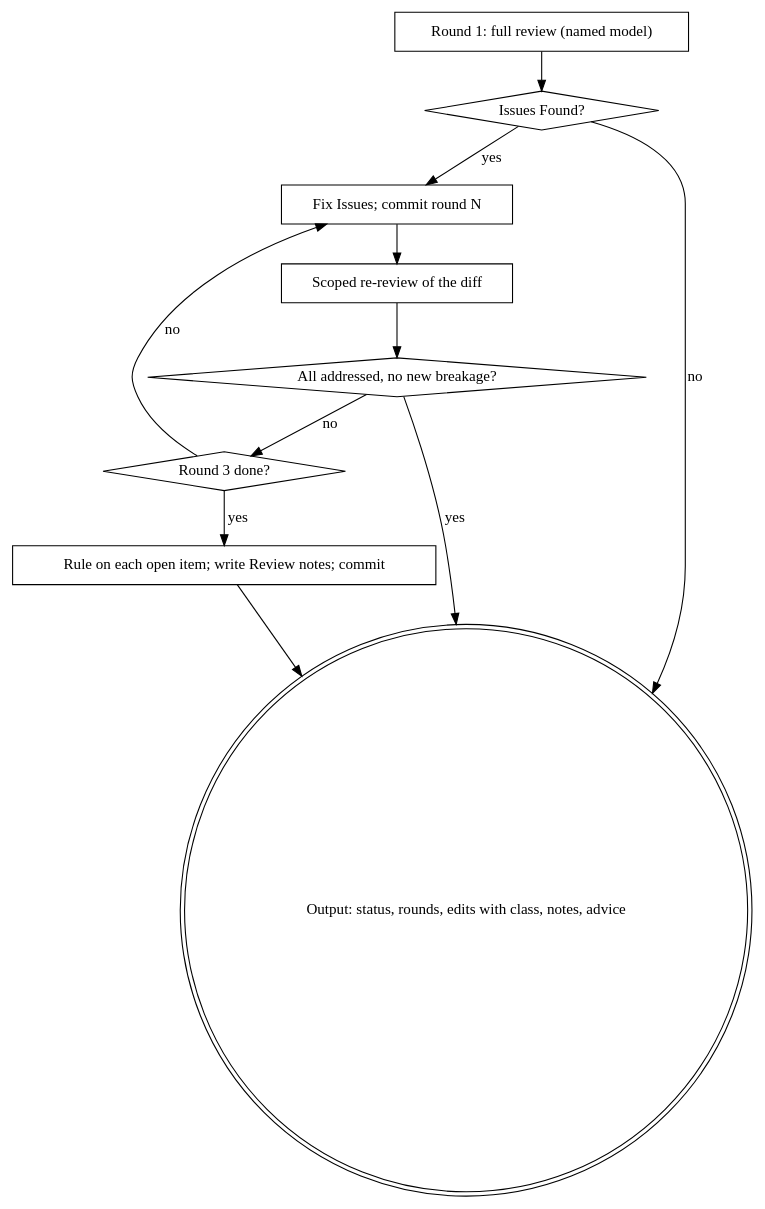
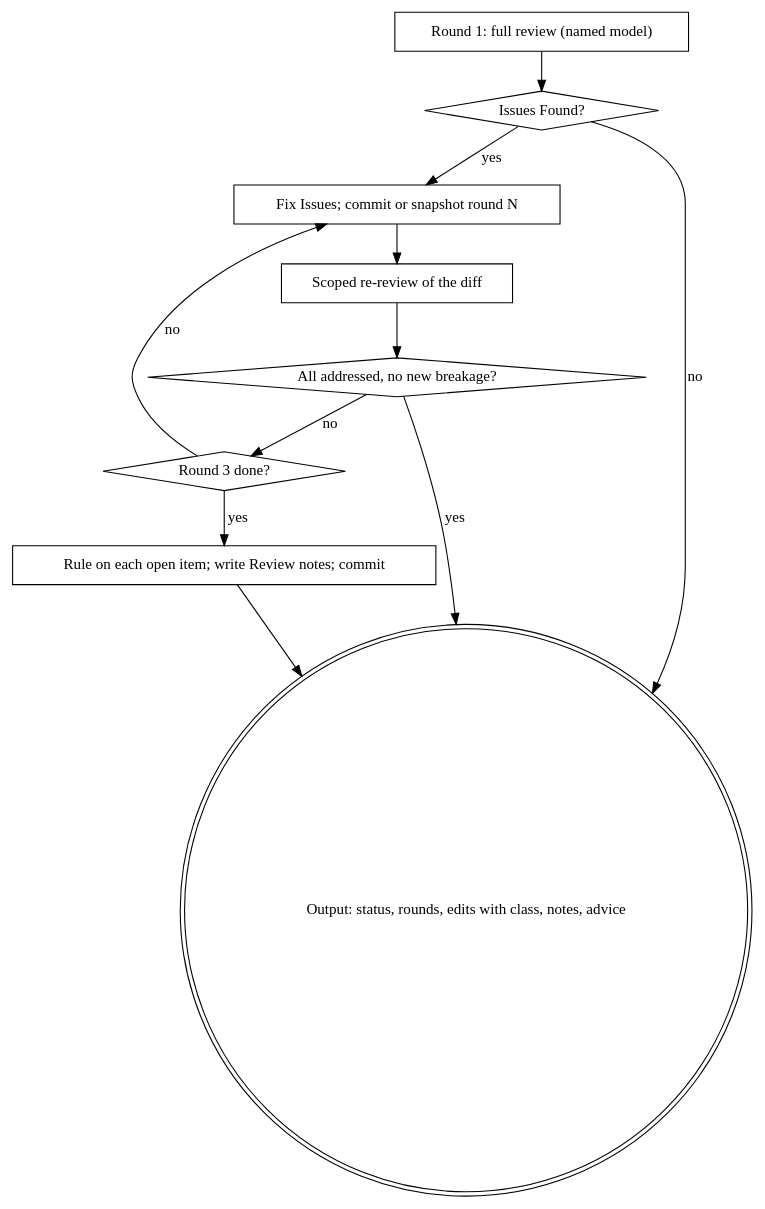
The diagram in skills/reviewing-documents/SKILL.md (ViktorGozhiy/superpowers), drawn with Graphviz before and after one commit. The commit also changed other lines of this file and 3 other files, not shown here.

````diff
--- a/skills/reviewing-documents/SKILL.md
+++ b/skills/reviewing-documents/SKILL.md
@@ -22,23 +22,23 @@
 ```dot
 digraph reviewing_documents {
     "Round 1: full review (named model)" [shape=box];
     "Issues Found?" [shape=diamond];
-    "Fix Issues; commit round N" [shape=box];
+    "Fix Issues; commit or snapshot round N" [shape=box];
     "Scoped re-review of the diff" [shape=box];
     "All addressed, no new breakage?" [shape=diamond];
     "Round 3 done?" [shape=diamond];
     "Rule on each open item; write Review notes; commit" [shape=box];
     "Output: status, rounds, edits with class, notes, advice" [shape=doublecircle];
 
     "Round 1: full review (named model)" -> "Issues Found?";
     "Issues Found?" -> "Output: status, rounds, edits with class, notes, advice" [label="no"];
-    "Issues Found?" -> "Fix Issues; commit round N" [label="yes"];
-    "Fix Issues; commit round N" -> "Scoped re-review of the diff";
+    "Issues Found?" -> "Fix Issues; commit or snapshot round N" [label="yes"];
+    "Fix Issues; commit or snapshot round N" -> "Scoped re-review of the diff";
     "Scoped re-review of the diff" -> "All addressed, no new breakage?";
     "All addressed, no new breakage?" -> "Output: status, rounds, edits with class, notes, advice" [label="yes"];
     "All addressed, no new breakage?" -> "Round 3 done?" [label="no"];
-    "Round 3 done?" -> "Fix Issues; commit round N" [label="no"];
+    "Round 3 done?" -> "Fix Issues; commit or snapshot round N" [label="no"];
     "Round 3 done?" -> "Rule on each open item; write Review notes; commit" [label="yes"];
     "Rule on each open item; write Review notes; commit" -> "Output: status, rounds, edits with class, notes, advice";
 }
 ```
````
